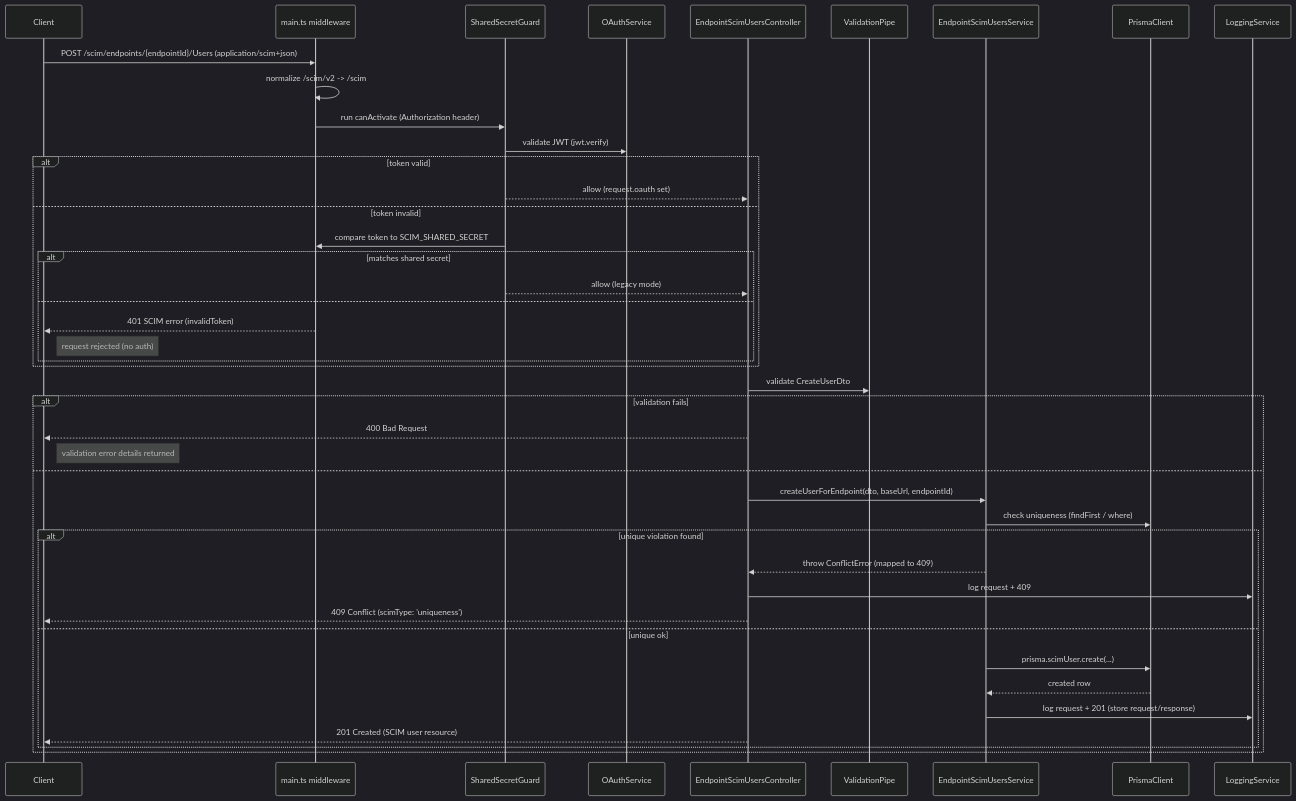
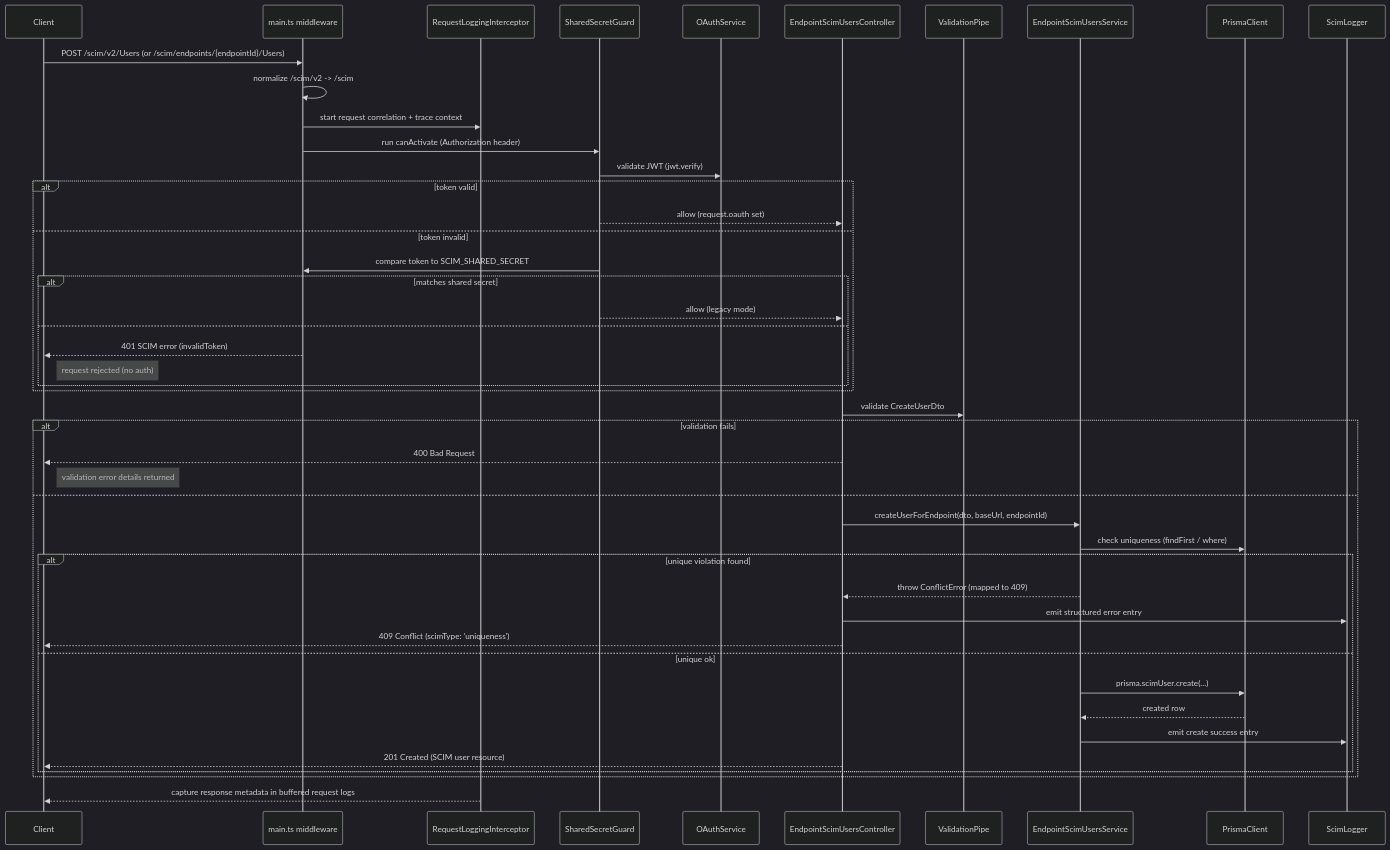
Before and after one commit to pranems/SCIMEndpointServer: the diagram in docs/create-user-sequence.mmd, drawn with Mermaid (dark theme). The commit also changed 85 other files, not shown here.

```diff
--- a/docs/create-user-sequence.mmd
+++ b/docs/create-user-sequence.mmd
@@ -1,44 +1,47 @@
 sequenceDiagram
   participant Client
   participant WebServer as main.ts middleware
+  participant ReqLog as RequestLoggingInterceptor
   participant Guard as SharedSecretGuard
   participant OAuthSvc as OAuthService
   participant Controller as EndpointScimUsersController
   participant Validator as ValidationPipe
   participant Service as EndpointScimUsersService
   participant PrismaClient
-  participant Logger as LoggingService
+  participant ScimLogger
 
-  Client->>WebServer: POST /scim/endpoints/{endpointId}/Users (application/scim+json)
+  Client->>WebServer: POST /scim/v2/Users (or /scim/endpoints/{endpointId}/Users)
   WebServer->>WebServer: normalize /scim/v2 -> /scim
+  WebServer->>ReqLog: start request correlation + trace context
   WebServer->>Guard: run canActivate (Authorization header)
   Guard->>OAuthSvc: validate JWT (jwt.verify)
   alt token valid
     Guard-->>Controller: allow (request.oauth set)
   else token invalid
     Guard->>WebServer: compare token to SCIM_SHARED_SECRET
     alt matches shared secret
       Guard-->>Controller: allow (legacy mode)
     else
       WebServer-->>Client: 401 SCIM error (invalidToken)
       Note right of Client: request rejected (no auth)
     end
   end
   Controller->>Validator: validate CreateUserDto
   alt validation fails
     Controller-->>Client: 400 Bad Request
     Note right of Client: validation error details returned
   else
     Controller->>Service: createUserForEndpoint(dto, baseUrl, endpointId)
     Service->>PrismaClient: check uniqueness (findFirst / where)
     alt unique violation found
       Service-->>Controller: throw ConflictError (mapped to 409)
-      Controller->>Logger: log request + 409
+      Controller->>ScimLogger: emit structured error entry
       Controller-->>Client: 409 Conflict (scimType: 'uniqueness')
     else unique ok
       Service->>PrismaClient: prisma.scimUser.create(...)
       PrismaClient-->>Service: created row
-      Service->>Logger: log request + 201 (store request/response)
+      Service->>ScimLogger: emit create success entry
       Controller-->>Client: 201 Created (SCIM user resource)
     end
   end
+  ReqLog-->>Client: capture response metadata in buffered request logs
```
